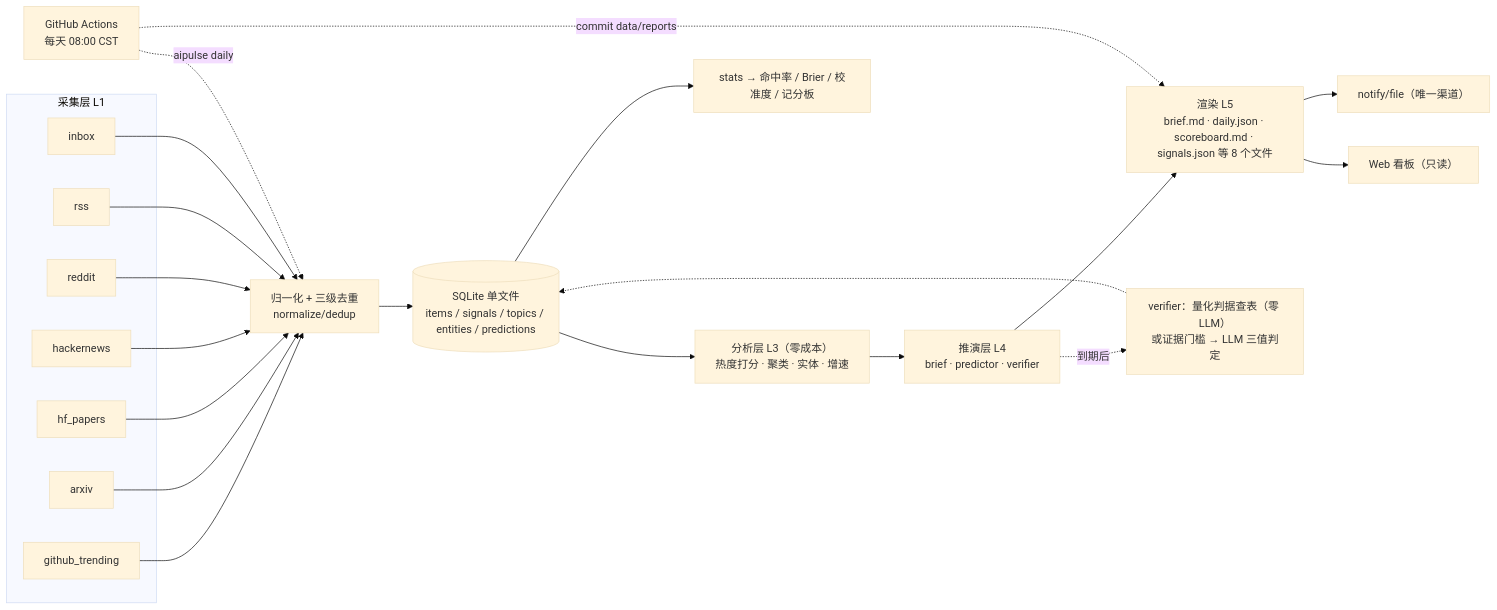
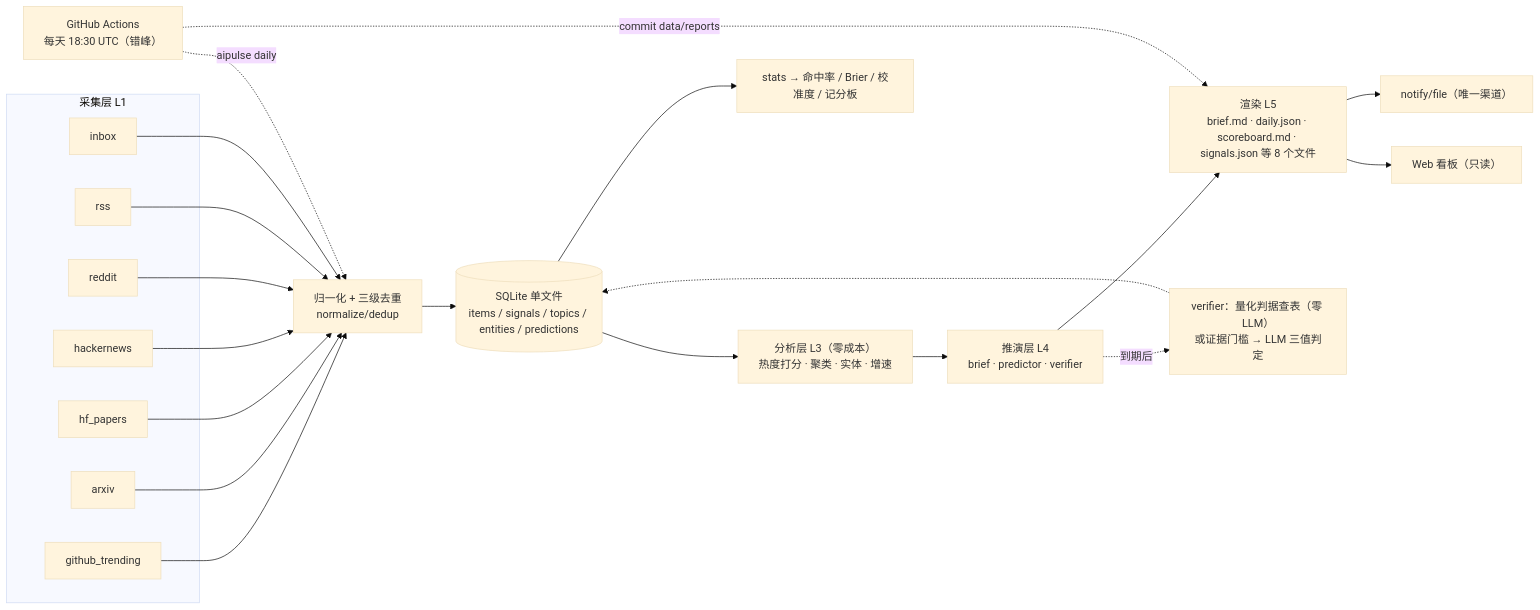
One commit to tochikoma777/aipulse changed the diagram in README.md. Above: the diagram before and after it, drawn with Mermaid (base theme). The commit also changed other lines of this file and 9 other files, not shown here.

````diff
--- a/README.md
+++ b/README.md
@@ -214,18 +214,18 @@
 ```mermaid
 flowchart LR
     subgraph 采集["采集层 L1"]
         A1[github_trending] & A2[arxiv] & A3[hf_papers] & A4[hackernews] & A5[reddit] & A6[rss] & A7[inbox]
     end
     A1 & A2 & A3 & A4 & A5 & A6 & A7 --> N["归一化 + 三级去重<br/>normalize/dedup"]
     N --> DB[("SQLite 单文件<br/>items / signals / topics / entities / predictions")]
     DB --> AN["分析层 L3（零成本）<br/>热度打分 · 聚类 · 实体 · 增速"]
     AN --> R["推演层 L4<br/>brief · predictor · verifier"]
     R --> OUT["渲染 L5<br/>brief.md · daily.json · scoreboard.md · signals.json 等 8 个文件"]
     OUT --> NO["notify/file（唯一渠道）"]
     OUT --> WEB["Web 看板（只读）"]
     R -.->|"到期后"| V["verifier：量化判据查表（零 LLM）<br/>或证据门槛 → LLM 三值判定"] -.-> DB
     DB --> ST["stats → 命中率 / Brier / 校准度 / 记分板"]
 
-    GH["GitHub Actions<br/>每天 08:00 CST"] -.->|"aipulse daily"| N
+    GH["GitHub Actions<br/>每天 18:30 UTC（错峰）"] -.->|"aipulse daily"| N
     GH -.->|"commit data/reports"| OUT
 ```
````
